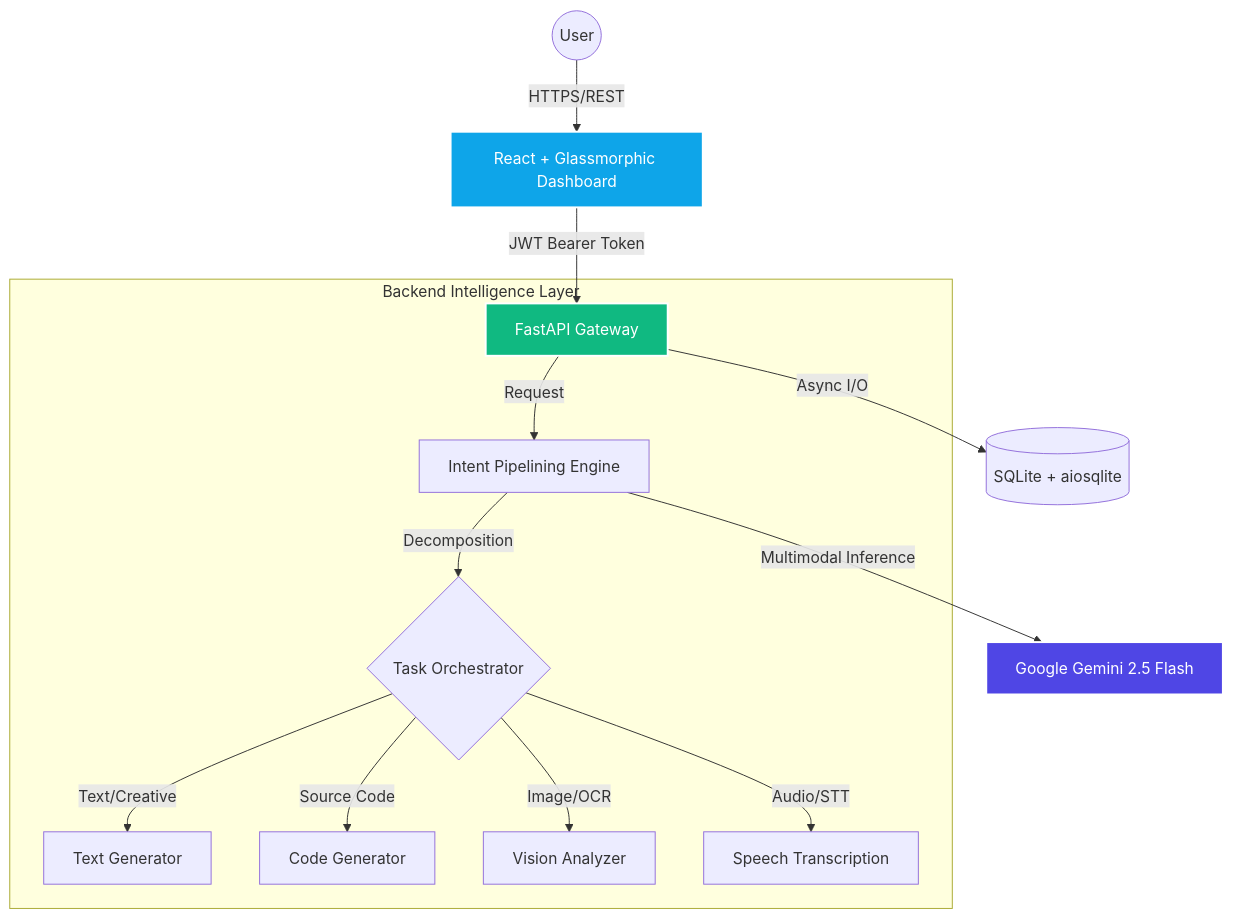
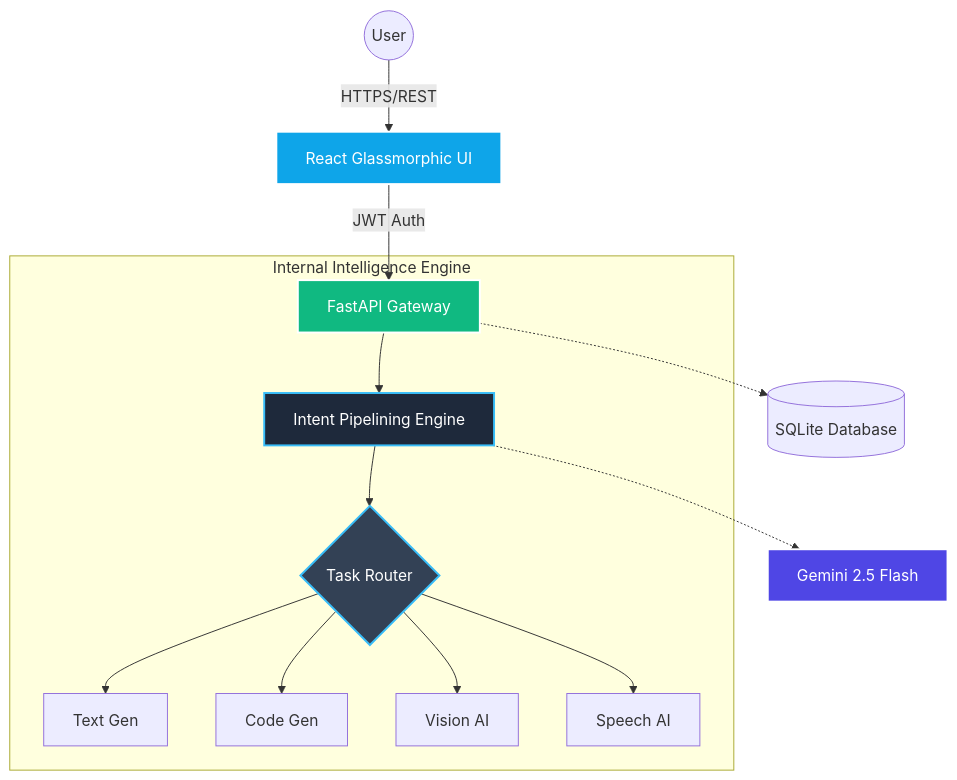
Before and after one commit to gajanand27-05/AI-HUB: the first of 2 diagrams in README.md, drawn with Mermaid.

Commit message:
docs: refine system architecture diagram for better visual clarity

````diff
--- a/README.md
+++ b/README.md
@@ -67,21 +67,25 @@
 ```mermaid
 graph TD
-    User((User)) -->|HTTPS/REST| Frontend[React + Glassmorphic Dashboard]
-    Frontend -->|JWT Bearer Token| API[FastAPI Gateway]
-    
-    subgraph "Backend Intelligence Layer"
-        API -->|Request| Master[Intent Pipelining Engine]
-        Master -->|Decomposition| TaskGraph{Task Orchestrator}
-        TaskGraph -->|Text/Creative| T1[Text Generator]
-        TaskGraph -->|Source Code| T2[Code Generator]
-        TaskGraph -->|Image/OCR| T3[Vision Analyzer]
-        TaskGraph -->|Audio/STT| T4[Speech Transcription]
+    User((User)) -->|HTTPS/REST| UI[React Glassmorphic UI]
+    UI -->|JWT Auth| API[FastAPI Gateway]
+
+    subgraph "Internal Intelligence Engine"
+        API --> Engine[Intent Pipelining Engine]
+        Engine --> Router{Task Router}
+        
+        Router --> T1[Text Gen]
+        Router --> T2[Code Gen]
+        Router --> T3[Vision AI]
+        Router --> T4[Speech AI]
     end
-    
-    API -->|Async I/O| DB[(SQLite + aiosqlite)]
-    Master -->|Multimodal Inference| Gemini[Google Gemini 2.5 Flash]
-    
+
+    %% External Connections
+    API -.-> DB[(SQLite Database)]
+    Engine -.-> Gemini[Gemini 2.5 Flash]
+
+    style Engine fill:#1e293b,stroke:#38bdf8,stroke-width:2px,color:#fff
+    style Router fill:#334155,stroke:#38bdf8,stroke-width:2px,color:#fff
     style Gemini fill:#4f46e5,stroke:#fff,stroke-width:2px,color:#fff
-    style Frontend fill:#0ea5e9,stroke:#fff,stroke-width:2px,color:#fff
+    style UI fill:#0ea5e9,stroke:#fff,stroke-width:2px,color:#fff
     style API fill:#10b981,stroke:#fff,stroke-width:2px,color:#fff
 ```
````
